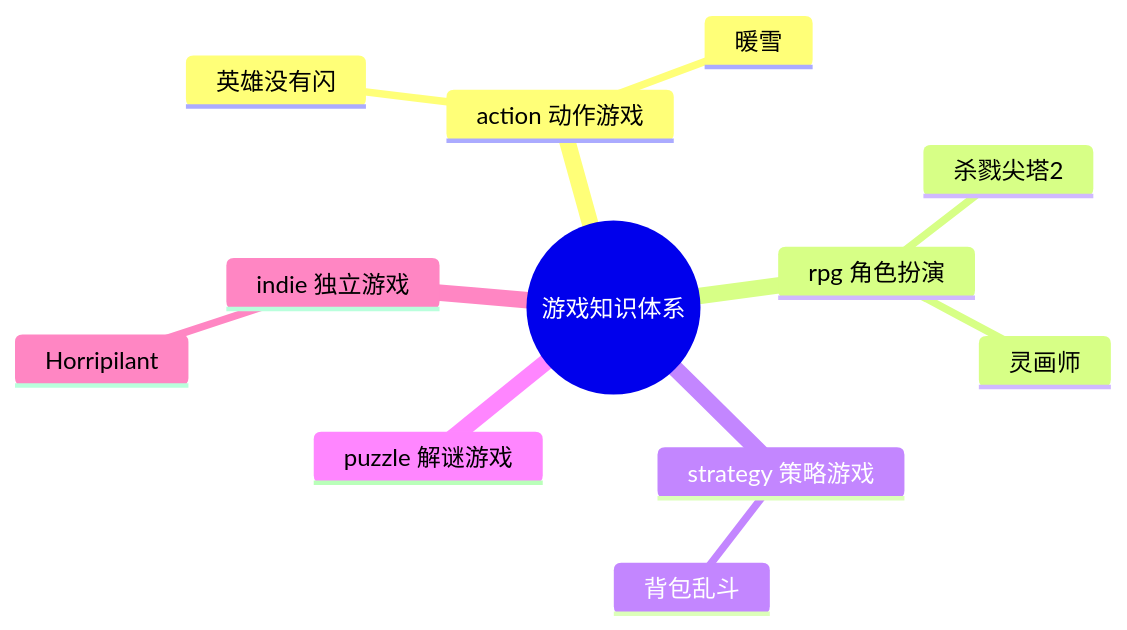
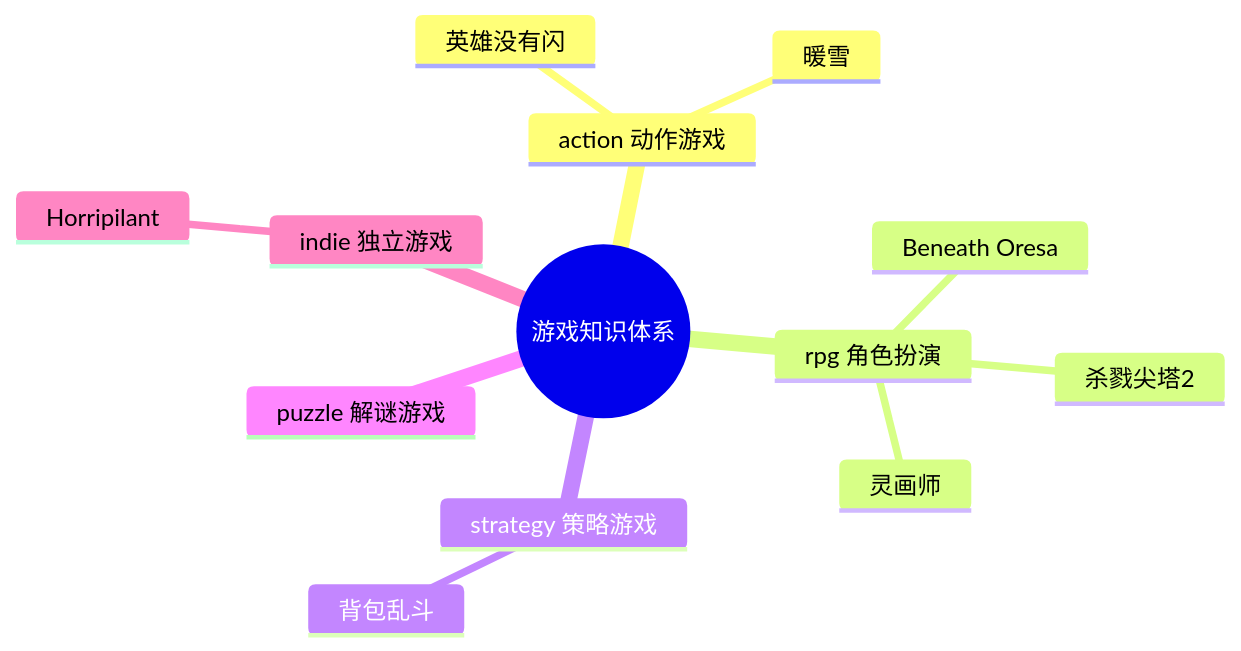
Before and after one commit to hongyesuifeng/readbooks: the diagram in games/游戏知识图谱.md, drawn with Mermaid. The commit also changed other lines of this file and 1 other file, not shown here.

Commit message:
update beneath oreasa 奥德赛之下

````diff
--- a/games/游戏知识图谱.md
+++ b/games/游戏知识图谱.md
@@ -9,15 +9,16 @@
 ```mermaid
 mindmap
   root((游戏知识体系))
     action 动作游戏
       英雄没有闪
       暖雪
     rpg 角色扮演
       杀戮尖塔2
       灵画师
+      Beneath Oresa
     strategy 策略游戏
       背包乱斗
     puzzle 解谜游戏
     indie 独立游戏
       Horripilant
 ```
````
